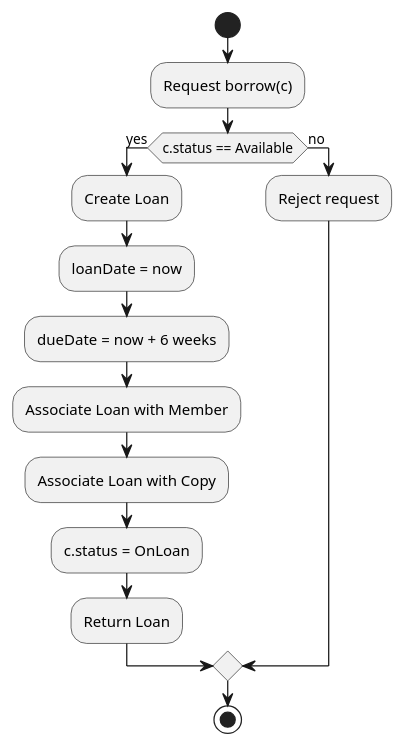
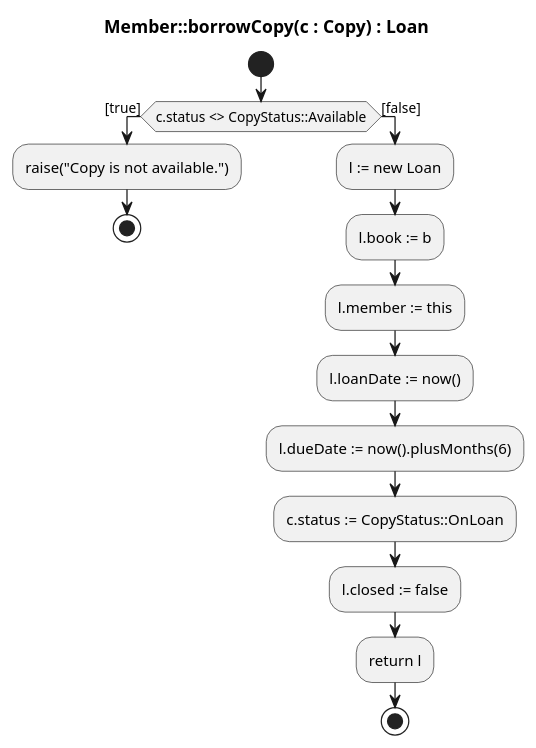
The diagram in library/classical-uml/borrow-copy.puml (scx-othr/MoProCo-evaluation), drawn with PlantUML before and after one commit. The commit also changed 31 other files, not shown here.

Commit message:
Prepare initial evaluation data for all three case studies (shop, airline, library; classical uml, black box prompt, moproco)

```diff
--- a/library/classical-uml/borrow-copy.puml
+++ b/library/classical-uml/borrow-copy.puml
@@ -1,18 +1,19 @@
 @startuml
+title Member::borrowCopy(c : Copy) : Loan
+
 start
-:Request borrow(c);
-
-if (c.status == Available) then (yes)
-  :Create Loan;
-  :loanDate = now;
-  :dueDate = now + 6 weeks;
-  :Associate Loan with Member;
-  :Associate Loan with Copy;
-  :c.status = OnLoan;
-  :Return Loan;
-else (no)
-  :Reject request;
+if (c.status <> CopyStatus::Available) then ([true])
+  :raise("Copy is not available.");
+  stop
+else ([false])
+  :l := new Loan;
+  :l.book := b;
+  :l.member := this;
+  :l.loanDate := now();
+  :l.dueDate := now().plusMonths(6);
+  :c.status := CopyStatus::OnLoan;
+  :l.closed := false;
+  :return l;
+  stop
 endif
-
-stop
 @enduml
```
